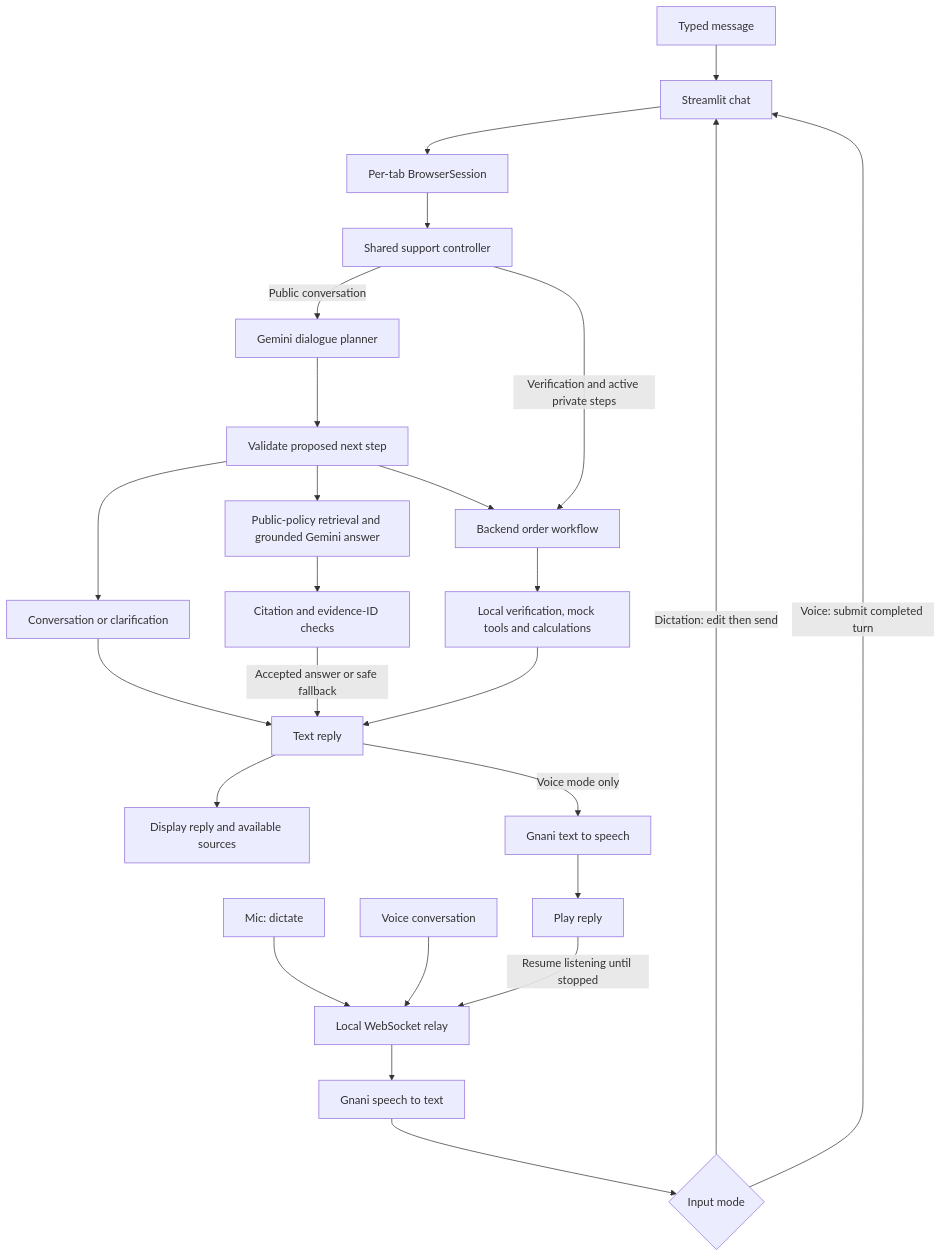
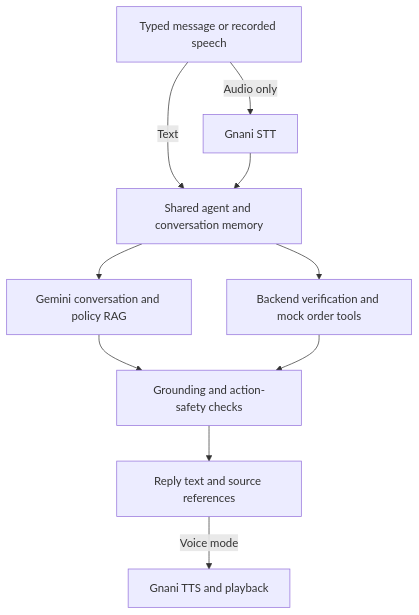
The first of 2 diagrams in README.md (brindoxx/ZentroMart-AI-Support-Agent), drawn with Mermaid before and after one commit. The commit also changed other lines of this file and 12 other files, not shown here.

Commit message:
Include consented audio samples and make the demo and diagrams clearer

````diff
--- a/README.md
+++ b/README.md
@@ -98,27 +104,12 @@
 ```mermaid
 flowchart TD
-    T[Typed message] --> UI[Streamlit chat]
-    M[Mic: dictate] --> RELAY[Local WebSocket relay]
-    V[Voice conversation] --> RELAY
-    RELAY --> STT[Gnani speech to text]
-    STT --> MODE{Input mode}
-    MODE -->|Dictation: edit then send| UI
-    MODE -->|Voice: submit completed turn| UI
-    UI --> SESSION[Per-tab BrowserSession]
-    SESSION --> CTRL[Shared support controller]
-    CTRL -->|Public conversation| PLAN[Gemini dialogue planner]
-    PLAN --> VALIDATE[Validate proposed next step]
-    VALIDATE --> CHAT[Conversation or clarification]
-    VALIDATE --> RAG[Public-policy retrieval and grounded Gemini answer]
-    VALIDATE --> PRIVATE[Backend order workflow]
-    CTRL -->|Verification and active private steps| PRIVATE
-    PRIVATE --> CHECK[Local verification, mock tools and calculations]
-    CHAT --> OUT[Text reply]
-    RAG --> GUARD[Citation and evidence-ID checks]
-    GUARD -->|Accepted answer or safe fallback| OUT
-    CHECK --> OUT
-    OUT --> DISPLAY[Display reply and available sources]
-    OUT -->|Voice mode only| TTS[Gnani text to speech]
-    TTS --> PLAY[Play reply]
-    PLAY -->|Resume listening until stopped| RELAY
+    INPUT[Typed message or recorded speech] -->|Audio only| STT[Gnani STT]
+    INPUT -->|Text| AGENT[Shared agent and conversation memory]
+    STT --> AGENT
+    AGENT --> PUBLIC[Gemini conversation and policy RAG]
+    AGENT --> PRIVATE[Backend verification and mock order tools]
+    PUBLIC --> CHECK[Grounding and action-safety checks]
+    PRIVATE --> CHECK
+    CHECK --> REPLY[Reply text and source references]
+    REPLY -->|Voice mode| TTS[Gnani TTS and playback]
 ```
````
